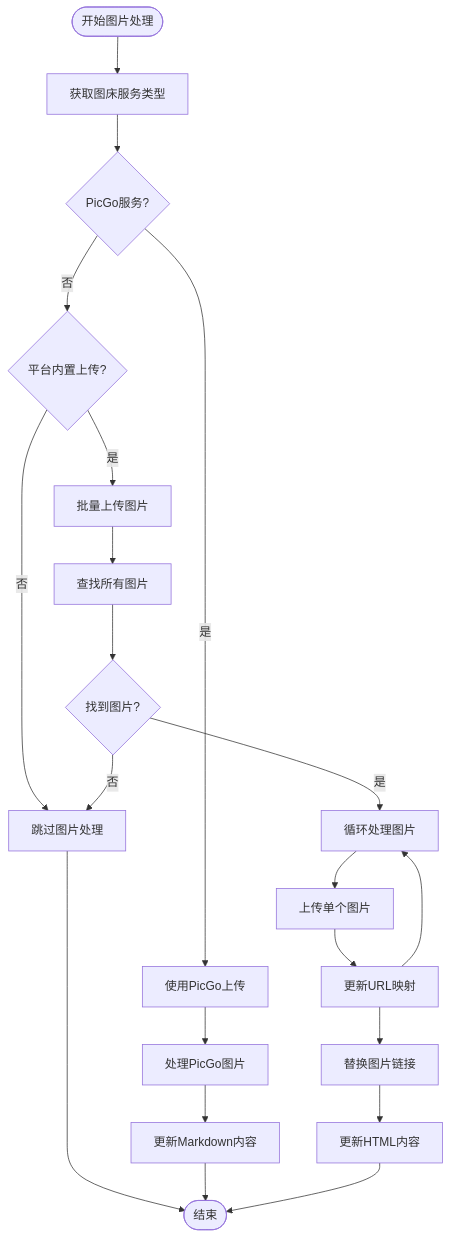
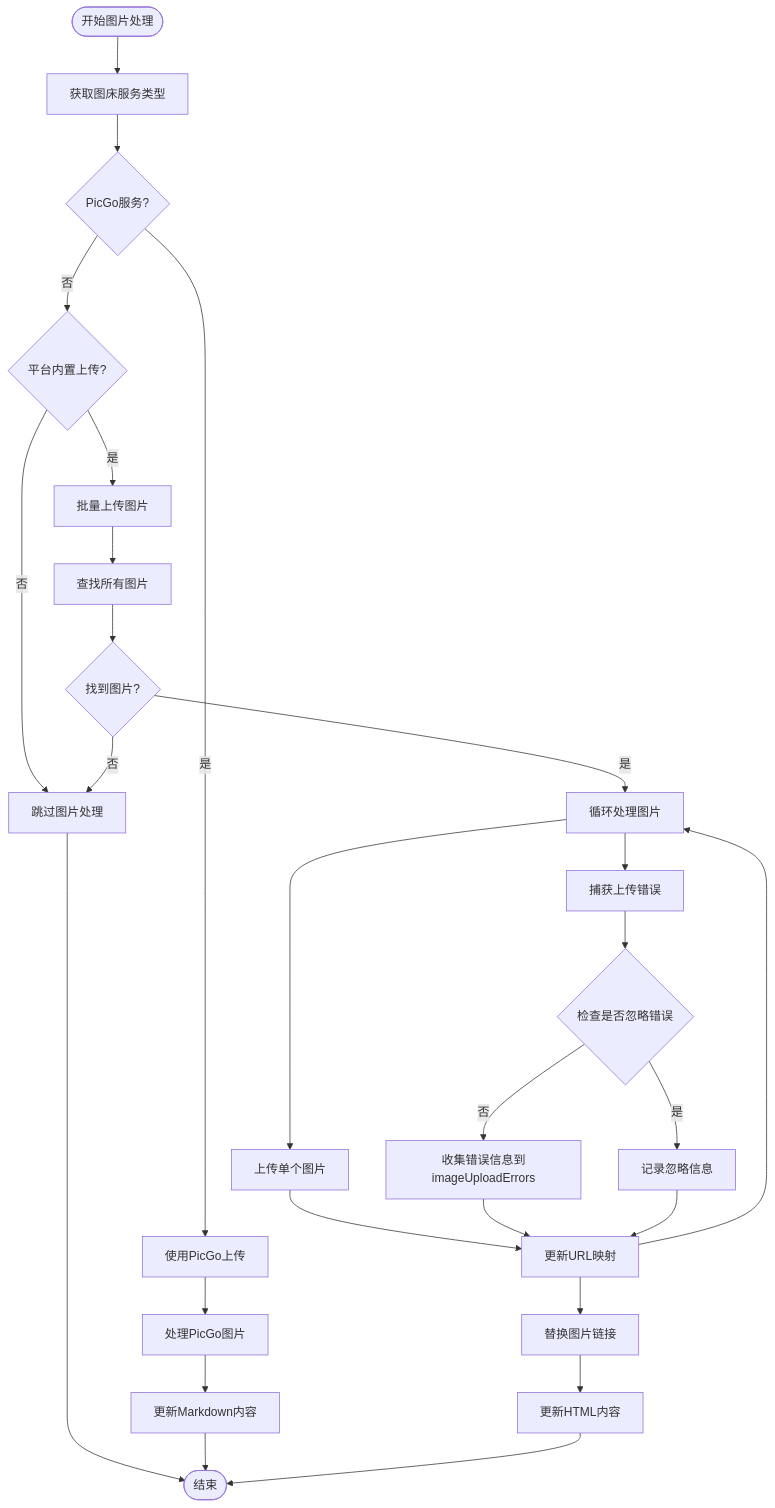
One commit to terwer/siyuan-plugin-publisher changed the sixth of 8 diagrams in .qoder/repowiki/zh/content/核心架构/适配器模式设计/BaseExtendApi基类设计.md. Above: the diagram before and after it, drawn with Mermaid. The commit also changed other lines of this file and 5 other files, not shown here.

````diff
--- a/.qoder/repowiki/zh/content/核心架构/适配器模式设计/BaseExtendApi基类设计.md
+++ b/.qoder/repowiki/zh/content/核心架构/适配器模式设计/BaseExtendApi基类设计.md
@@ -245,23 +258,29 @@
 ```mermaid
 flowchart TD
 Start([开始图片处理]) --> GetPicbedService["获取图床服务类型"]
 GetPicbedService --> CheckPicGo{"PicGo服务?"}
 CheckPicGo --> |是| UsePicGo["使用PicGo上传"]
 CheckPicGo --> |否| CheckBundled{"平台内置上传?"}
 CheckBundled --> |是| UploadImages["批量上传图片"]
 CheckBundled --> |否| SkipProcessing["跳过图片处理"]
 UsePicGo --> ProcessPicGo["处理PicGo图片"]
 ProcessPicGo --> UpdateMarkdown["更新Markdown内容"]
 UploadImages --> FindImages["查找所有图片"]
 FindImages --> CheckImages{"找到图片?"}
 CheckImages --> |否| SkipProcessing
 CheckImages --> |是| LoopImages["循环处理图片"]
 LoopImages --> UploadSingle["上传单个图片"]
 UploadSingle --> UpdateURLMap["更新URL映射"]
 UpdateURLMap --> LoopImages
+LoopImages --> CatchError["捕获上传错误"]
+CatchError --> CheckIgnoreError{"检查是否忽略错误"}
+CheckIgnoreError --> |是| LogIgnore["记录忽略信息"]
+CheckIgnoreError --> |否| CollectError["收集错误信息到imageUploadErrors"]
+CollectError --> UpdateURLMap
+LogIgnore --> UpdateURLMap
 UpdateURLMap --> ReplaceLinks["替换图片链接"]
 ReplaceLinks --> UpdateHTML["更新HTML内容"]
 SkipProcessing --> End([结束])
 UpdateMarkdown --> End
 UpdateHTML --> End
 ```
````
